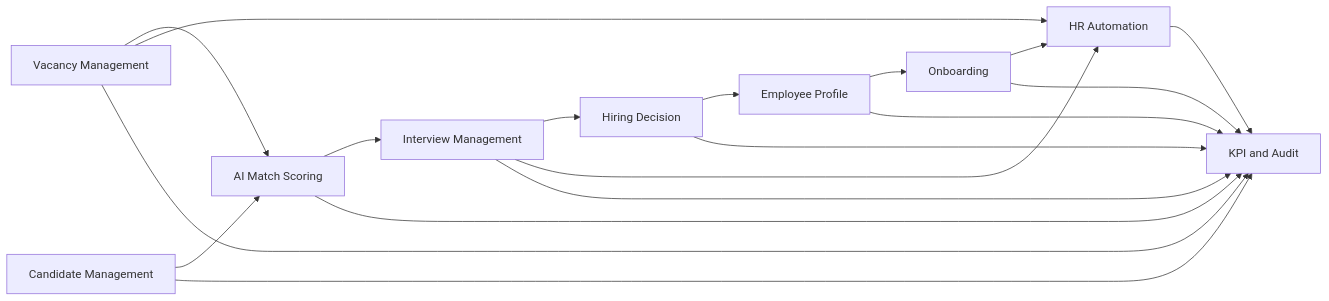
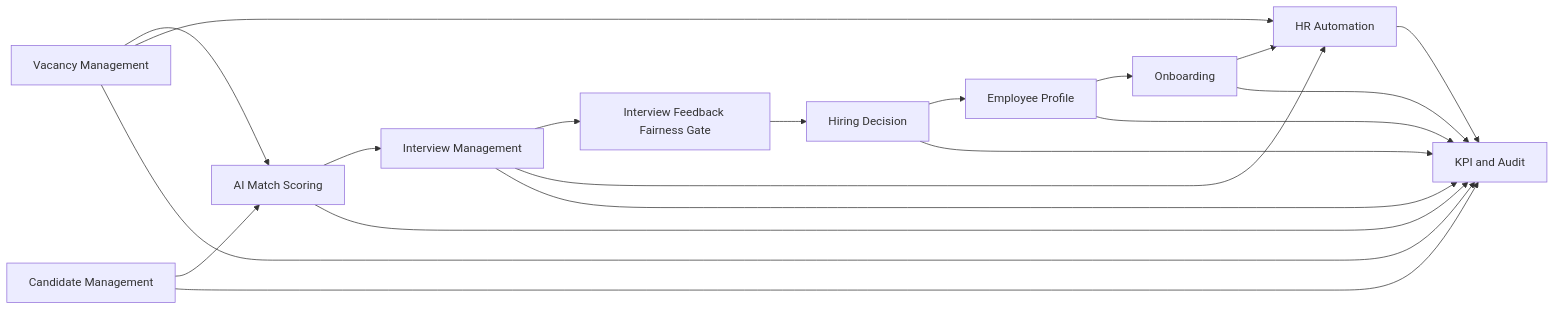
Before and after one commit to RubiFoc/hrm: the third of 18 diagrams in docs/architecture/diagrams.md, drawn with Mermaid. The commit also changed other lines of this file and 34 other files, not shown here.

First line of the commit message:
feat: implement TASK-05-03/04 interview feedback fairness gate (#82)

````diff
--- a/docs/architecture/diagrams.md
+++ b/docs/architecture/diagrams.md
@@ -117,31 +117,33 @@
 ```mermaid
 flowchart LR
   VAC[Vacancy Management]
   CAND[Candidate Management]
   SCORE[AI Match Scoring]
   INT[Interview Management]
+  FAIR[Interview Feedback Fairness Gate]
   HIRE[Hiring Decision]
   EMP[Employee Profile]
   ONB[Onboarding]
   AUTO[HR Automation]
   KPI[KPI and Audit]
 
   VAC --> SCORE
   CAND --> SCORE
   SCORE --> INT
-  INT --> HIRE
+  INT --> FAIR
+  FAIR --> HIRE
   HIRE --> EMP
   EMP --> ONB
   VAC --> AUTO
   INT --> AUTO
   ONB --> AUTO
 
   VAC --> KPI
   CAND --> KPI
   SCORE --> KPI
   INT --> KPI
   HIRE --> KPI
   EMP --> KPI
   ONB --> KPI
   AUTO --> KPI
 ```
````
